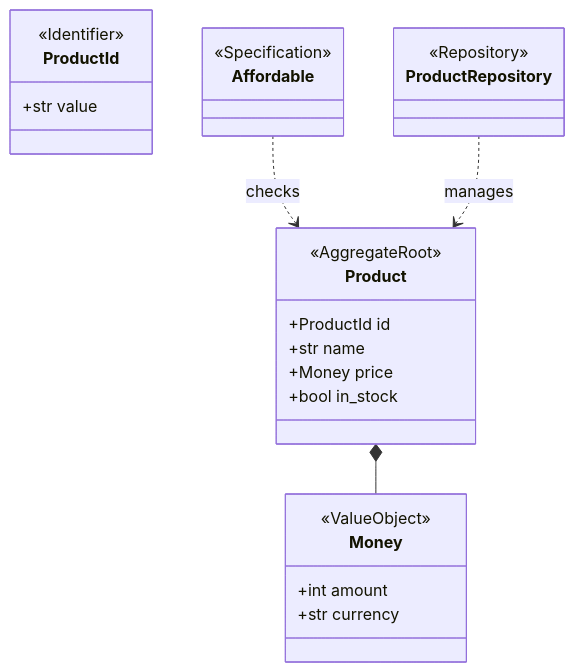
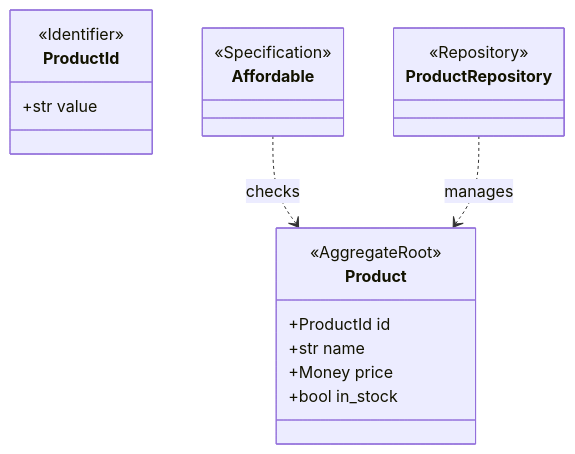
Before and after one commit to KinjiKawaguchi/dddantic: the third of 5 diagrams in examples/shop/diagram.md, drawn with Mermaid. The commit also changed 6 other files, not shown here.

````diff
--- a/examples/shop/diagram.md
+++ b/examples/shop/diagram.md
@@ -144,28 +144,22 @@
 ```mermaid
 classDiagram
-class Money {
-  <<ValueObject>>
-  +int amount
-  +str currency
-}
 class ProductId {
   <<Identifier>>
   +str value
 }
 class Product {
   <<AggregateRoot>>
   +ProductId id
   +str name
   +Money price
   +bool in_stock
 }
 class Affordable {
   <<Specification>>
 }
 class ProductRepository {
   <<Repository>>
 }
-Product *-- Money
 Affordable ..> Product : checks
 ProductRepository ..> Product : manages
 ```
````
